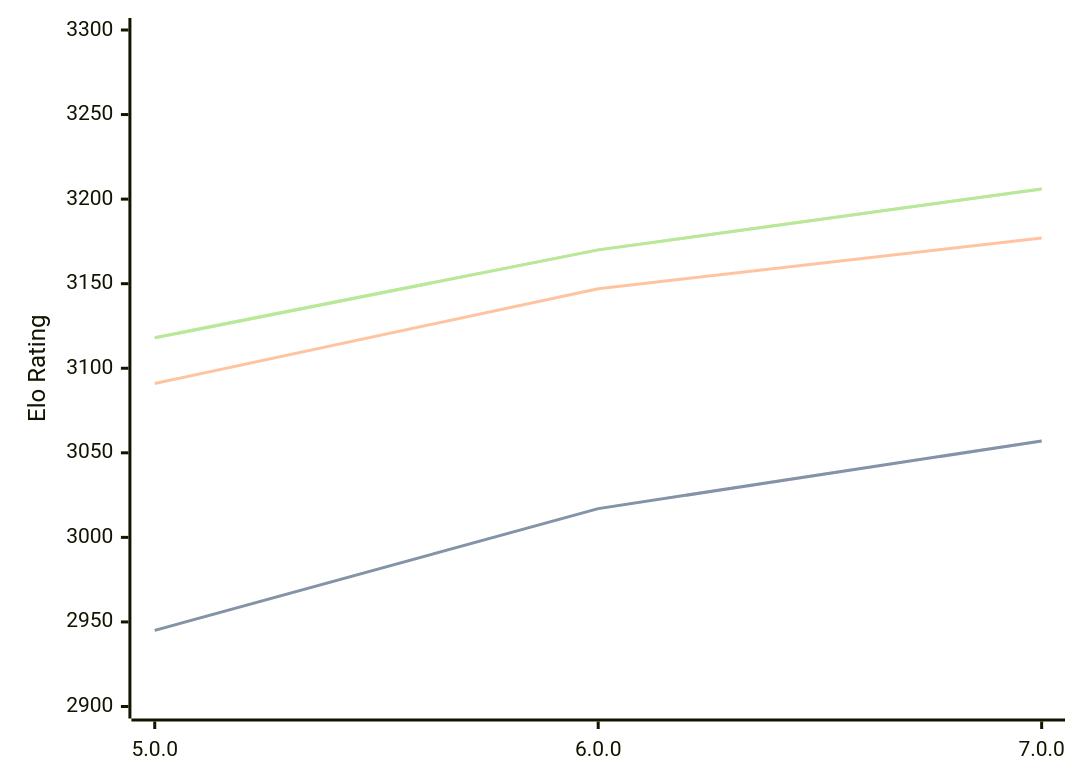
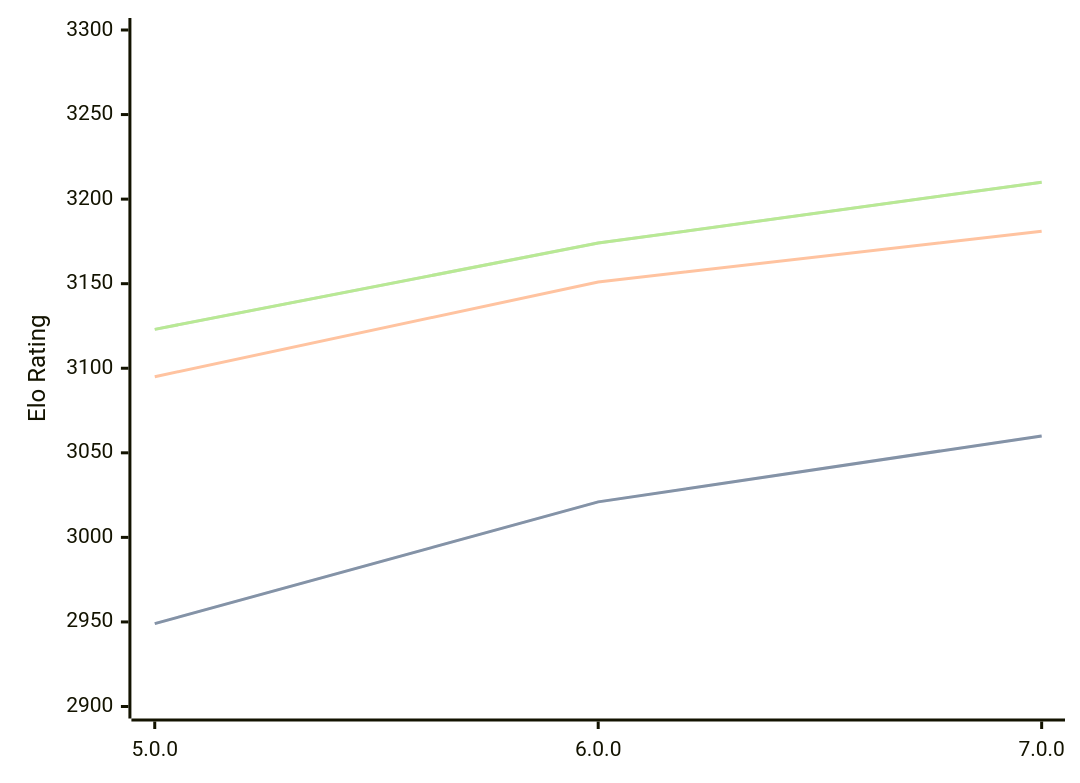
Before and after one commit to computer-chess-index/cci: the diagram in engines/Stormphrax.md, drawn with Mermaid. The commit also changed other lines of this file, not shown here.

Commit message:
Update CCI Ratings (ELO VLTC) - 2026-02-24

````diff
--- a/engines/Stormphrax.md
+++ b/engines/Stormphrax.md
@@ -35,11 +35,11 @@
 ```mermaid
 %%{init: {"theme":"base","themeVariables":{"seriesColors:['#a3a3a3','#222221','#faa371']}}}%%
 xychart-beta
   x-axis ["5.0.0", "6.0.0", "7.0.0"]
   y-axis "Elo Rating" 2900 --> 3300
-  line "STC (8.0+0.08s)" [2945, 3017, 3057]
-  line "STC (8.0+0.08s)" [2945, 3017, 3057]
-  line "LTC (60.0+0.60s)" [3091, 3147, 3177]
-  line "VLTC (2m24s+1.12s)" [3118, 3170, 3206]
-  line "VLTC (2m24s+1.12s)" [3118, 3170, 3206]
+  line "STC (8.0+0.08s)" [2949, 3021, 3060]
+  line "STC (8.0+0.08s)" [2949, 3021, 3060]
+  line "LTC (60.0+0.60s)" [3095, 3151, 3181]
+  line "VLTC (2m24s+1.12s)" [3123, 3174, 3210]
+  line "VLTC (2m24s+1.12s)" [3123, 3174, 3210]
 ```
````
